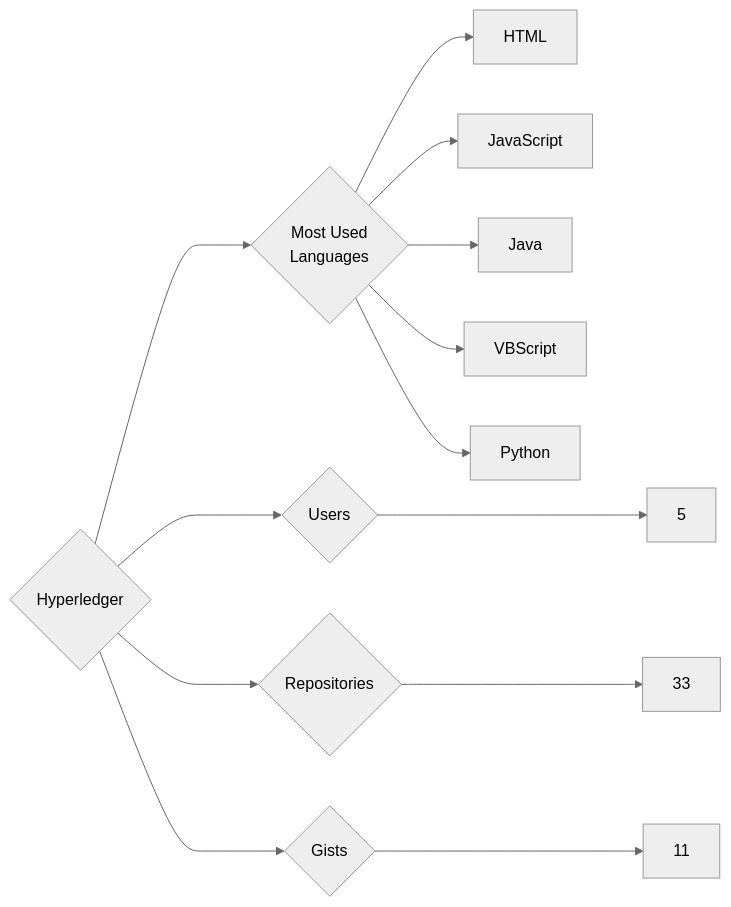
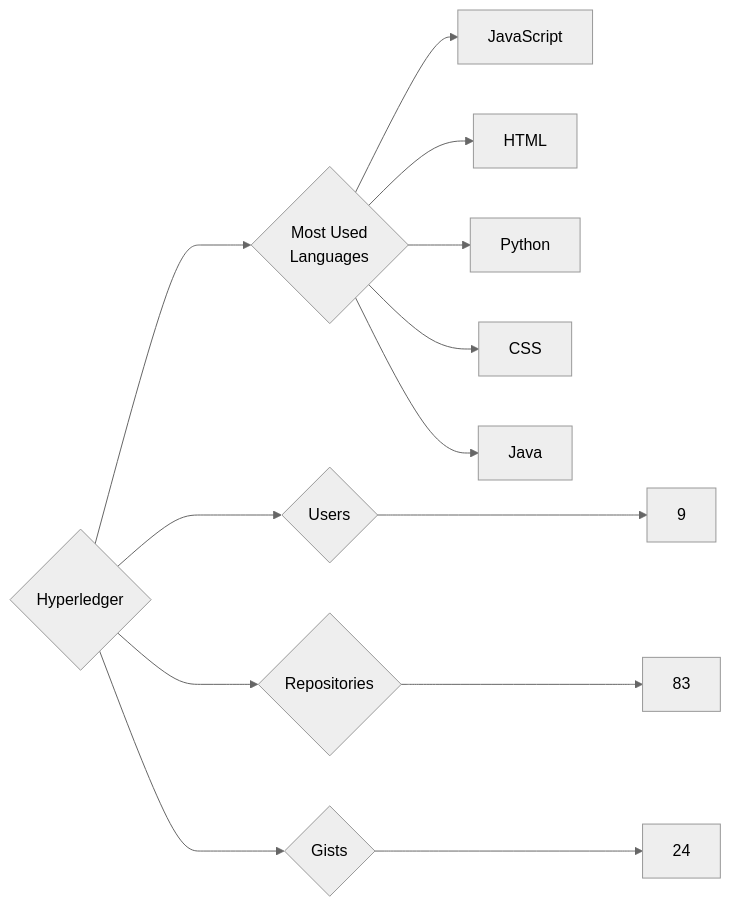
One commit to trickest/insiders changed the diagram in targets/Hyperledger/README.md. Above: the diagram before and after it, drawn with Mermaid (neutral theme). The commit also changed 859 other files, not shown here.

````diff
--- a/targets/Hyperledger/README.md
+++ b/targets/Hyperledger/README.md
@@ -3,13 +3,13 @@
 ```mermaid
 graph LR
 COMPANY_NAME{Hyperledger}
-COMPANY_NAME ---> U{Users} ---> UN[5]
-COMPANY_NAME ---> R{Repositories} ---> RN[33]
-COMPANY_NAME ---> G{Gists} ---> GN[11]
+COMPANY_NAME ---> U{Users} ---> UN[9]
+COMPANY_NAME ---> R{Repositories} ---> RN[83]
+COMPANY_NAME ---> G{Gists} ---> GN[24]
 COMPANY_NAME ---> ML{Most Used<br>Languages}
+ML --> JavaScript[JavaScript]
 ML --> HTML[HTML]
-ML --> JavaScript[JavaScript]
+ML --> Python[Python]
+ML --> CSS[CSS]
 ML --> Java[Java]
-ML --> VBScript[VBScript]
-ML --> Python[Python]
 ```
````
